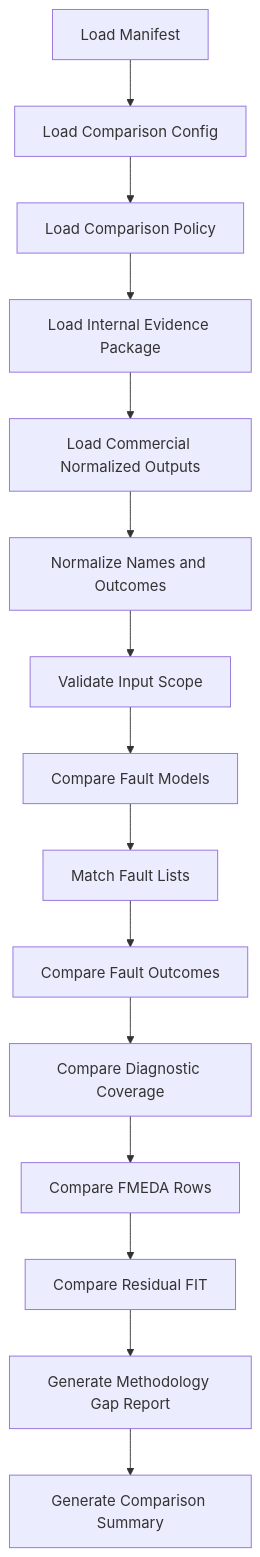
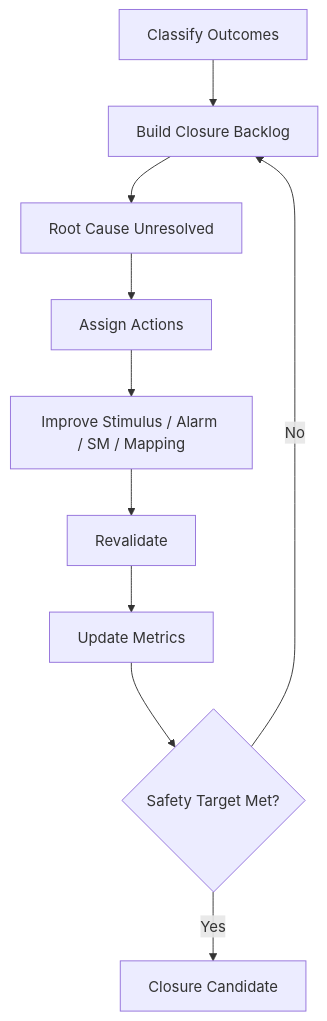
The ninth of 10 diagrams in articles/17_automotive_safeic_practice_d17_github_en_commercial_tool_comparison.md (qiqixixi1001/automotive-safeic-practice), drawn with Mermaid before and after one commit. The commit also changed other lines of this file, not shown here.

````diff
--- a/articles/17_automotive_safeic_practice_d17_github_en_commercial_tool_comparison.md
+++ b/articles/17_automotive_safeic_practice_d17_github_en_commercial_tool_comparison.md
@@ -1175,17 +765,12 @@
 ```mermaid
 flowchart TD
-    A[Load Manifest] --> B[Load Comparison Config]
-    B --> C[Load Comparison Policy]
-    C --> D[Load Internal Evidence Package]
-    D --> E[Load Commercial Normalized Outputs]
-    E --> F[Normalize Names and Outcomes]
-    F --> G[Validate Input Scope]
-    G --> H[Compare Fault Models]
-    H --> I[Match Fault Lists]
-    I --> J[Compare Fault Outcomes]
-    J --> K[Compare Diagnostic Coverage]
-    K --> L[Compare FMEDA Rows]
-    L --> M[Compare Residual FIT]
-    M --> N[Generate Methodology Gap Report]
-    N --> O[Generate Comparison Summary]
+    A[Classify Outcomes] --> B[Build Closure Backlog]
+    B --> C[Root Cause Unresolved]
+    C --> D[Assign Actions]
+    D --> E[Improve Stimulus / Alarm / SM / Mapping]
+    E --> F[Revalidate]
+    F --> G[Update Metrics]
+    G --> H{Safety Target Met?}
+    H -->|No| B
+    H -->|Yes| I[Closure Candidate]
 ```
````
